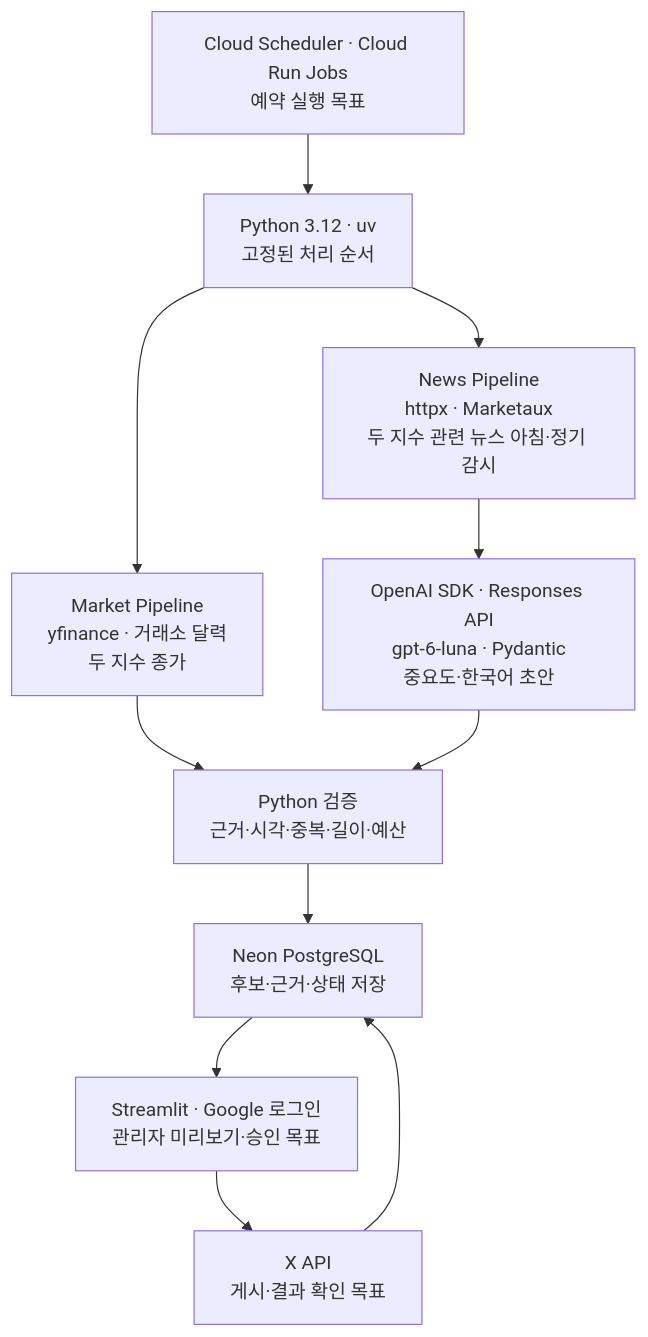
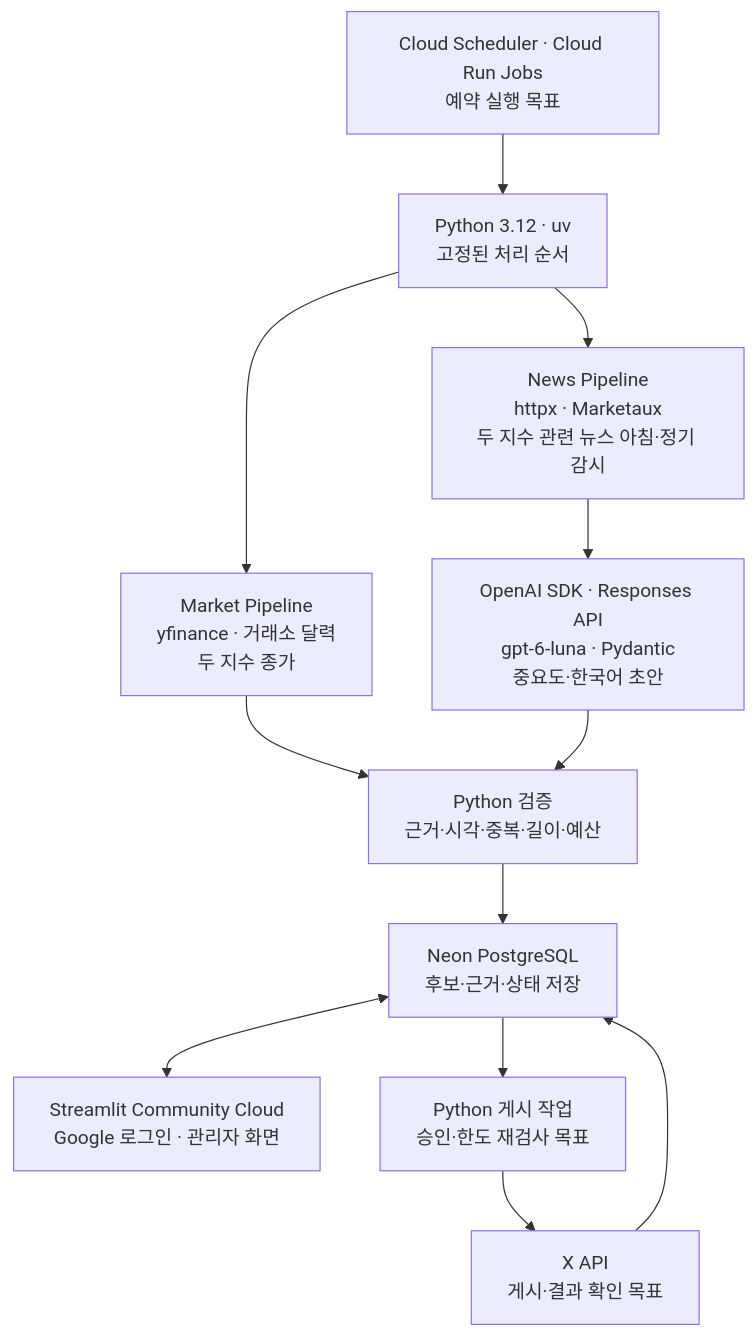
Before and after one commit to luvulmi/xfolio: the diagram in tasks/presentations/3주차_기술_조사.md, drawn with Mermaid. The commit also changed other lines of this file and 1 other file, not shown here.

````diff
--- a/tasks/presentations/3주차_기술_조사.md
+++ b/tasks/presentations/3주차_기술_조사.md
@@ -21,13 +23,14 @@
 ```mermaid
 flowchart TD
     S["Cloud Scheduler · Cloud Run Jobs<br/>예약 실행 목표"] --> P["Python 3.12 · uv<br/>고정된 처리 순서"]
     P --> M["Market Pipeline<br/>yfinance · 거래소 달력<br/>두 지수 종가"]
     P --> N["News Pipeline<br/>httpx · Marketaux<br/>두 지수 관련 뉴스 아침·정기 감시"]
     N --> A["OpenAI SDK · Responses API<br/>gpt-6-luna · Pydantic<br/>중요도·한국어 초안"]
     M --> V["Python 검증<br/>근거·시각·중복·길이·예산"]
     A --> V
     V --> D["Neon PostgreSQL<br/>후보·근거·상태 저장"]
-    D --> U["Streamlit · Google 로그인<br/>관리자 미리보기·승인 목표"]
-    U --> X["X API<br/>게시·결과 확인 목표"]
+    D <--> U["Streamlit Community Cloud<br/>Google 로그인 · 관리자 화면"]
+    D --> B["Python 게시 작업<br/>승인·한도 재검사 목표"]
+    B --> X["X API<br/>게시·결과 확인 목표"]
     X --> D
 ```
````
